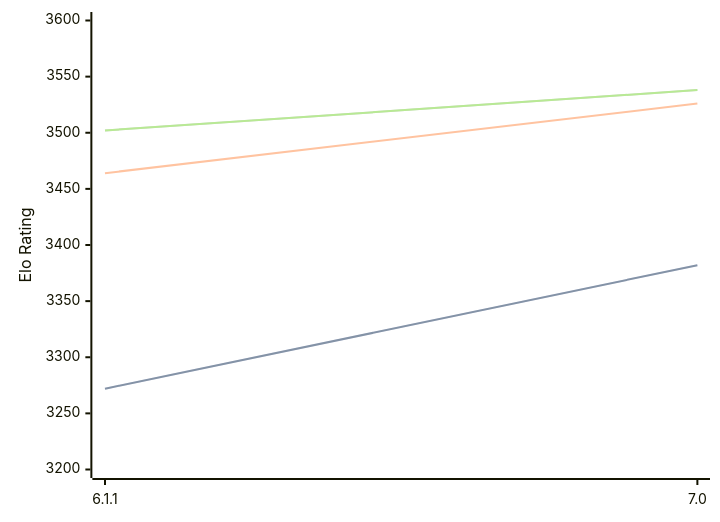
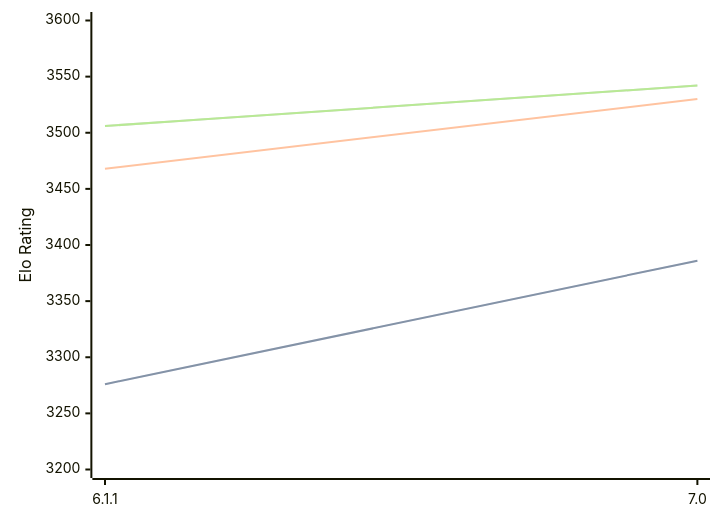
Before and after one commit to computer-chess-index/cci: the diagram in engines/Astra.md, drawn with Mermaid. The commit also changed other lines of this file, not shown here.

Commit message:
Update CCI Ratings (ELO VLTC) - 2026-08-18

````diff
--- a/engines/Astra.md
+++ b/engines/Astra.md
@@ -32,11 +32,11 @@
 ```mermaid
 %%{init: {"theme":"base","themeVariables":{"seriesColors:['#a3a3a3','#222221','#faa371']}}}%%
 xychart-beta
   x-axis ["6.1.1", "7.0"]
   y-axis "Elo Rating" 3200 --> 3600
-  line "STC (8.0+0.08s)" [3272, 3382]
-  line "STC (8.0+0.08s)" [3272, 3382]
-  line "LTC (60.0+0.60s)" [3464, 3526]
-  line "VLTC (2m24s+1.12s)" [3502, 3538]
-  line "VLTC (2m24s+1.12s)" [3502, 3538]
+  line "STC (8.0+0.08s)" [3276, 3386]
+  line "STC (8.0+0.08s)" [3276, 3386]
+  line "LTC (60.0+0.60s)" [3468, 3530]
+  line "VLTC (2m24s+1.12s)" [3506, 3542]
+  line "VLTC (2m24s+1.12s)" [3506, 3542]
 ```
````
